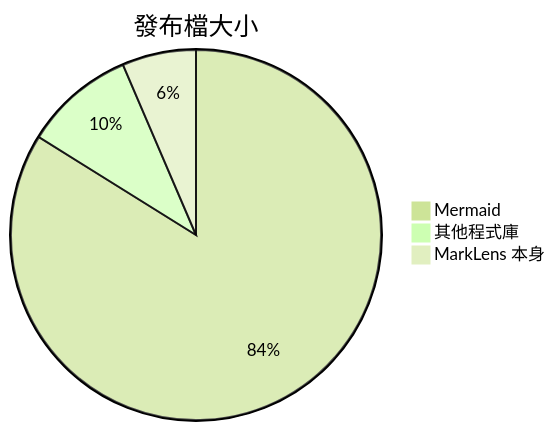
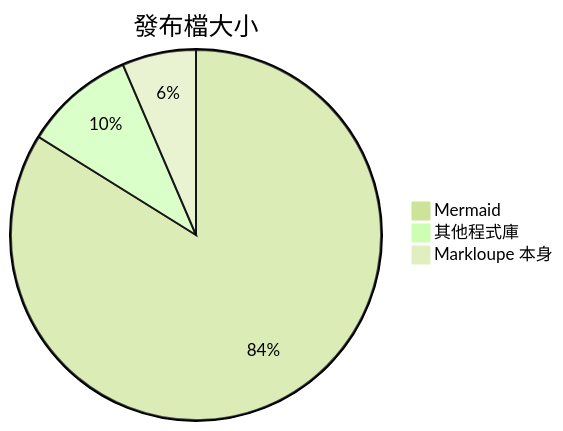
The sixth of 7 diagrams in test/manual/08-Mermaid.md (xjin9612/marklens), drawn with Mermaid (forest theme) before and after one commit. The commit also changed other lines of this file and 73 other files, not shown here.

````diff
--- a/test/manual/08-Mermaid.md
+++ b/test/manual/08-Mermaid.md
@@ -84,6 +84,6 @@
 ```mermaid
 pie title 發布檔大小
   "Mermaid" : 1300
   "其他程式庫" : 150
-  "MarkLens 本身" : 100
+  "Markloupe 本身" : 100
 ```
````
